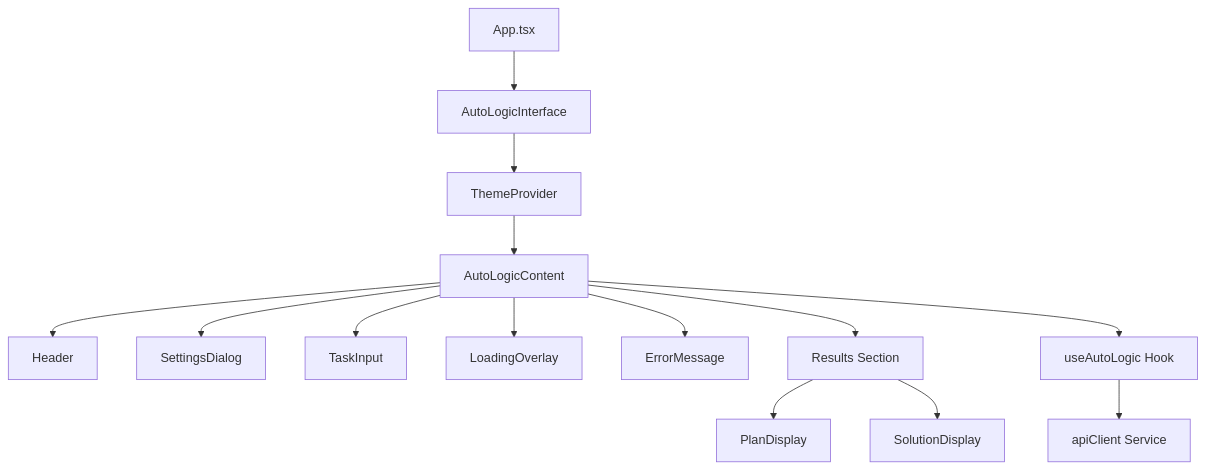
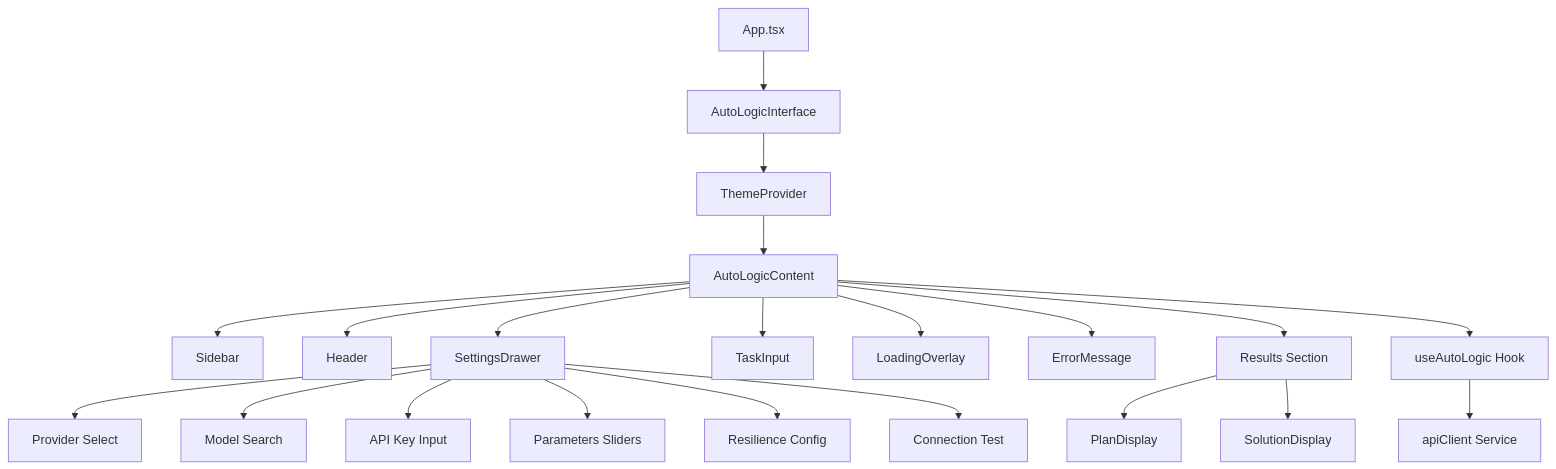
One commit to dagornc/Autologic changed the fifth of 7 diagrams in Doc/ARCHITECTURE.md. Above: the diagram before and after it, drawn with Mermaid. The commit also changed other lines of this file and 2 other files, not shown here.

````diff
--- a/Doc/ARCHITECTURE.md
+++ b/Doc/ARCHITECTURE.md
@@ -168,19 +272,27 @@
 ```mermaid
 graph TB
     App[App.tsx] --> ALI[AutoLogicInterface]
     ALI --> TP[ThemeProvider]
     TP --> Content[AutoLogicContent]
     
+    Content --> Sidebar
     Content --> Header
-    Content --> SettingsDialog
+    Content --> SettingsDrawer
     Content --> TaskInput
     Content --> LoadingOverlay
     Content --> ErrorMessage
     Content --> Results[Results Section]
     
     Results --> PlanDisplay
     Results --> SolutionDisplay
     
+    SettingsDrawer --> SD1[Provider Select]
+    SettingsDrawer --> SD2[Model Search]
+    SettingsDrawer --> SD3[API Key Input]
+    SettingsDrawer --> SD4[Parameters Sliders]
+    SettingsDrawer --> SD5[Resilience Config]
+    SettingsDrawer --> SD6[Connection Test]
+    
     Content --> Hook[useAutoLogic Hook]
     Hook --> API[apiClient Service]
 ```
````
